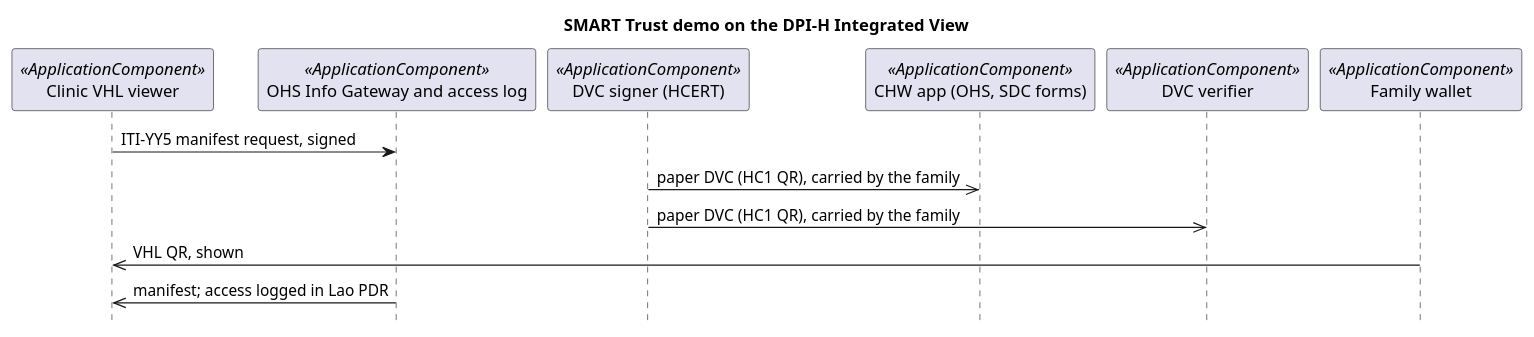
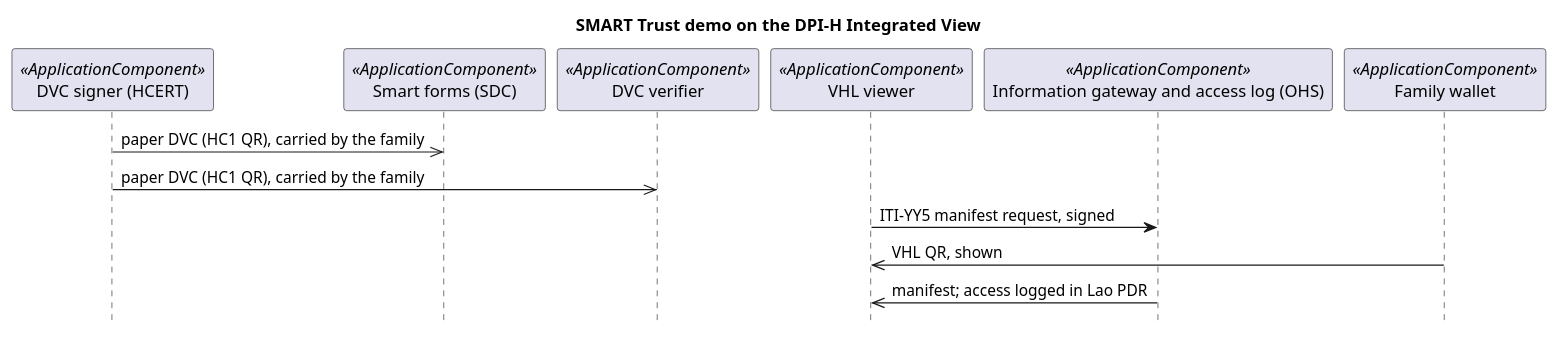
One commit to litlfred/smart-trust-demo changed the seventh of 11 diagrams in archimate/0.1.0/sequences.puml. Above: the diagram before and after it, drawn with PlantUML. The commit also changed other lines of this file and 1675 other files, not shown here.

```diff
--- a/archimate/0.1.0/sequences.puml
+++ b/archimate/0.1.0/sequences.puml
@@ -117,16 +117,16 @@
 @startuml
 ' SMART Trust demo on the DPI-H Integrated View (id-249a1002c32e50199e27a502ef0ec3d8): sequence diagram, derived by archimate-diagrams. Do not edit.
 title SMART Trust demo on the DPI-H Integrated View
 hide footbox
-participant "Clinic VHL viewer" as id_ffb73de262f057bd97c3d94d388f3d56 <<ApplicationComponent>>
-participant "OHS Info Gateway and access log" as id_d87eae4466985575a8b9f78882f86565 <<ApplicationComponent>>
 participant "DVC signer (HCERT)" as id_b8885086e3c95a88ba3a7972fcde0f2d <<ApplicationComponent>>
-participant "CHW app (OHS, SDC forms)" as id_9cf65fade07d53ffbb3e88d415819366 <<ApplicationComponent>>
+participant "Smart forms (SDC)" as id_9cf65fade07d53ffbb3e88d415819366 <<ApplicationComponent>>
 participant "DVC verifier" as id_361ff71137da5ab1b0ae73394a4c0d6e <<ApplicationComponent>>
+participant "VHL viewer" as id_ffb73de262f057bd97c3d94d388f3d56 <<ApplicationComponent>>
+participant "Information gateway and access log (OHS)" as id_d87eae4466985575a8b9f78882f86565 <<ApplicationComponent>>
 participant "Family wallet" as id_278ea491eabd5bed9ca42fa314190228 <<ApplicationComponent>>
-id_ffb73de262f057bd97c3d94d388f3d56 -> id_d87eae4466985575a8b9f78882f86565 : ITI-YY5 manifest request, signed
 id_b8885086e3c95a88ba3a7972fcde0f2d ->> id_9cf65fade07d53ffbb3e88d415819366 : paper DVC (HC1 QR), carried by the family
 id_b8885086e3c95a88ba3a7972fcde0f2d ->> id_361ff71137da5ab1b0ae73394a4c0d6e : paper DVC (HC1 QR), carried by the family
+id_ffb73de262f057bd97c3d94d388f3d56 -> id_d87eae4466985575a8b9f78882f86565 : ITI-YY5 manifest request, signed
 id_278ea491eabd5bed9ca42fa314190228 ->> id_ffb73de262f057bd97c3d94d388f3d56 : VHL QR, shown
 id_d87eae4466985575a8b9f78882f86565 ->> id_ffb73de262f057bd97c3d94d388f3d56 : manifest; access logged in Lao PDR
 @enduml
```
